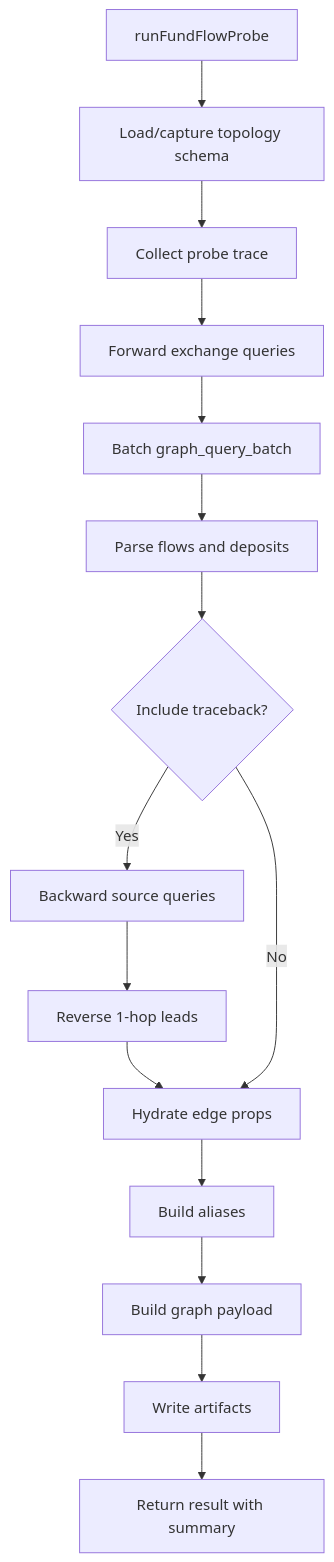
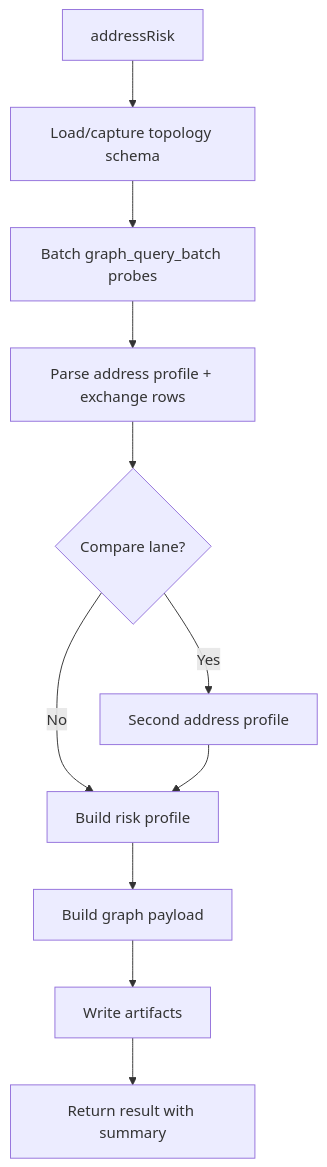
Before and after one commit to chainswarm/chain-insights: the diagram in docs/architecture/components/investigation.md, drawn with Mermaid. The commit also changed other lines of this file and 19 other files, not shown here.

````diff
--- a/docs/architecture/components/investigation.md
+++ b/docs/architecture/components/investigation.md
@@ -29,17 +34,13 @@
 ```mermaid
 flowchart TB
-  A[runFundFlowProbe] --> B[Load/capture topology schema]
-  B --> C[Collect probe trace]
-  C --> D[Forward exchange queries]
-  D --> E[Batch graph_query_batch]
-  E --> F[Parse flows and deposits]
-  F --> G{Include traceback?}
-  G -->|Yes| H[Backward source queries]
-  H --> I[Reverse 1-hop leads]
-  I --> J[Hydrate edge props]
-  G -->|No| J
-  J --> K[Build aliases]
-  K --> L[Build graph payload]
-  L --> M[Write artifacts]
-  M --> N[Return result with summary]
+  A[addressRisk] --> B[Load/capture topology schema]
+  B --> C[Batch graph_query_batch probes]
+  C --> D[Parse address profile + exchange rows]
+  D --> E{Compare lane?}
+  E -->|Yes| F[Second address profile]
+  E -->|No| G
+  F --> G[Build risk profile]
+  G --> H[Build graph payload]
+  H --> I[Write artifacts]
+  I --> J[Return result with summary]
 ```
````
